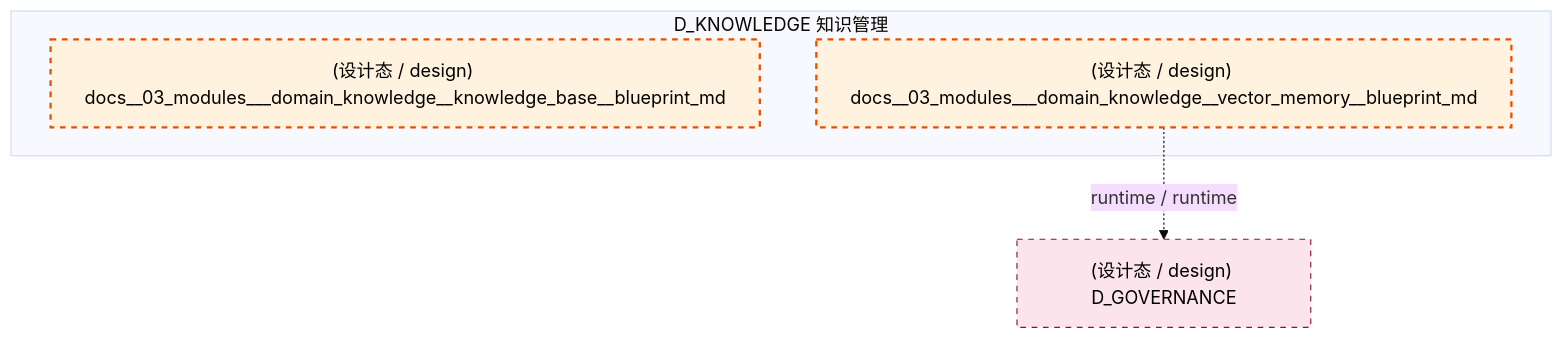
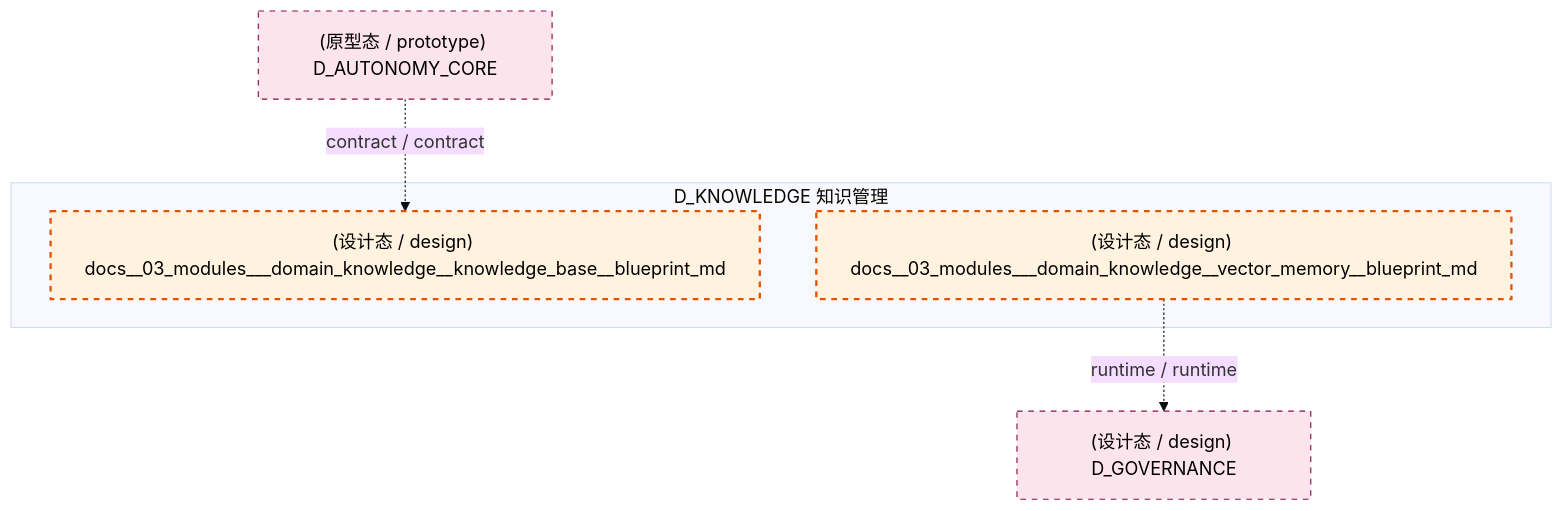
Before and after one commit to xuanFelixVan/ZephyrAlpha: the second of 4 diagrams in docs/02_enterprise_architecture/02_domain_architecture_docs/40_d_knowledge.md, drawn with Mermaid (base theme). The commit also changed other lines of this file and 100 other files, not shown here.

````diff
--- a/docs/02_enterprise_architecture/02_domain_architecture_docs/40_d_knowledge.md
+++ b/docs/02_enterprise_architecture/02_domain_architecture_docs/40_d_knowledge.md
@@ -110,15 +112,17 @@
 ```mermaid
 graph TD
     subgraph D_KNOWLEDGE["D_KNOWLEDGE 知识管理"]
         docs_03_modules_domain_knowledge_knowledge_base_blueprint_md["(设计态 / design) docs__03_modules___domain_knowledge__knowledge_base__blueprint_md"]
         docs_03_modules_domain_knowledge_vector_memory_blueprint_md["(设计态 / design) docs__03_modules___domain_knowledge__vector_memory__blueprint_md"]
     end
     D_GOVERNANCE["(设计态 / design) D_GOVERNANCE"]
     docs_03_modules_domain_knowledge_vector_memory_blueprint_md -.->|runtime / runtime| D_GOVERNANCE
+    D_AUTONOMY_CORE["(原型态 / prototype) D_AUTONOMY_CORE"]
+    D_AUTONOMY_CORE -.->|contract / contract| docs_03_modules_domain_knowledge_knowledge_base_blueprint_md
     classDef production fill:#e1f5fe,stroke:#01579b,stroke-width:2px,color:#000
     classDef design fill:#fff3e0,stroke:#e65100,stroke-width:2px,color:#000,stroke-dasharray: 5 5
     classDef external_prod fill:#e8f5e9,stroke:#1b5e20,stroke-width:1px,color:#000
     classDef external_design fill:#fce4ec,stroke:#880e4f,stroke-width:1px,color:#000,stroke-dasharray: 5 5
     class docs_03_modules_domain_knowledge_knowledge_base_blueprint_md,docs_03_modules_domain_knowledge_vector_memory_blueprint_md design
-    class D_GOVERNANCE external_design
+    class D_GOVERNANCE,D_AUTONOMY_CORE external_design
 ```
````
